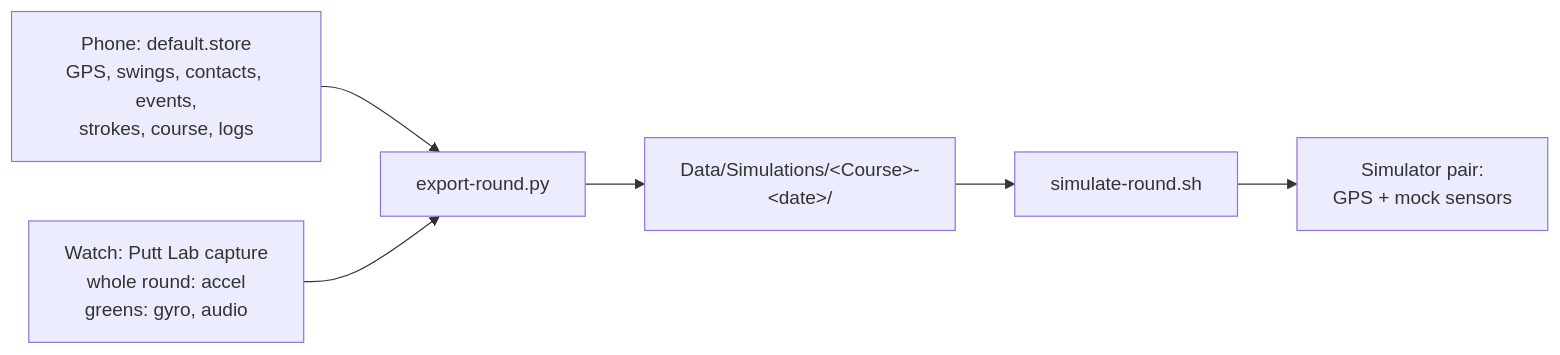
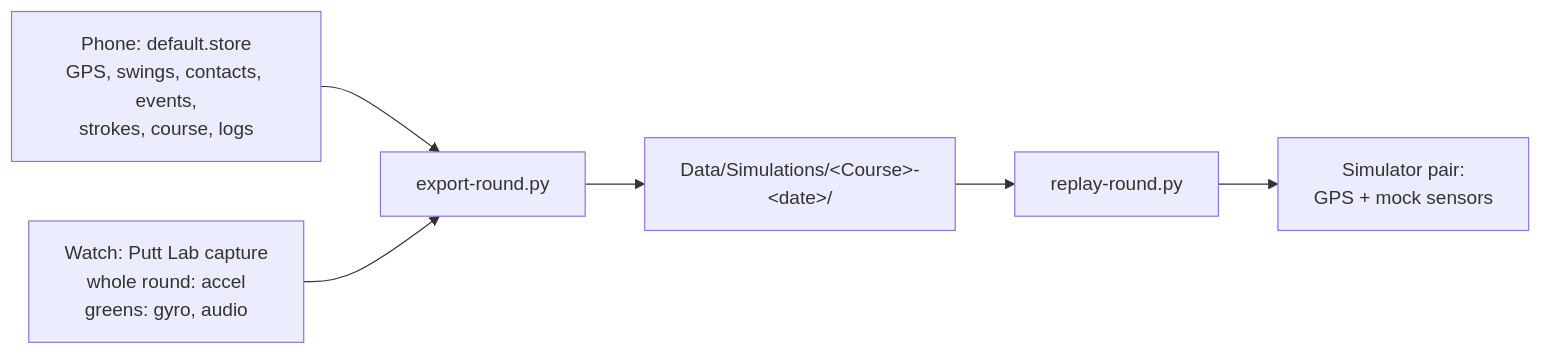
Before and after one commit to SpotGolf/SpotGolf: the diagram in plans/2026-10-25-round-replay.md, drawn with Mermaid. The commit also changed other lines of this file and 16 other files, not shown here.

First line of the commit message:
feat: Export a round from the devices and replay it on simulators

````diff
--- a/plans/2026-10-25-round-replay.md
+++ b/plans/2026-10-25-round-replay.md
@@ -9,8 +9,8 @@
 ```mermaid
 flowchart LR
     A[Phone: default.store<br/>GPS, swings, contacts, events,<br/>strokes, course, logs] --> E[export-round.py]
     B[Watch: Putt Lab capture<br/>whole round: accel<br/>greens: gyro, audio] --> E
     E --> F[Data/Simulations/&lt;Course&gt;-&lt;date&gt;/]
-    F --> R[simulate-round.sh]
+    F --> R[replay-round.py]
     R --> S[Simulator pair:<br/>GPS + mock sensors]
 ```
````
